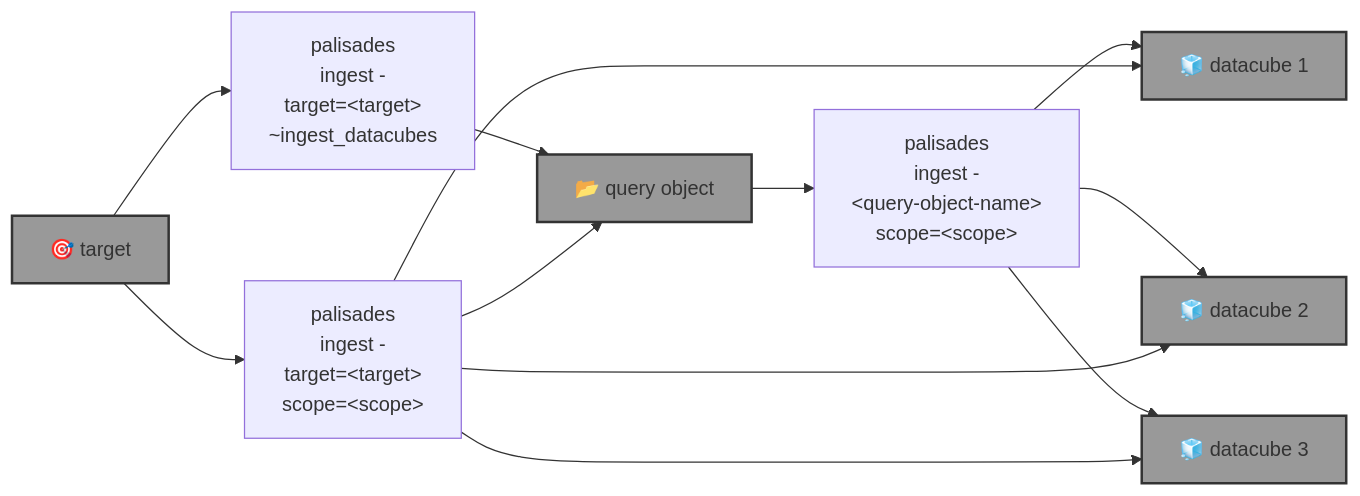
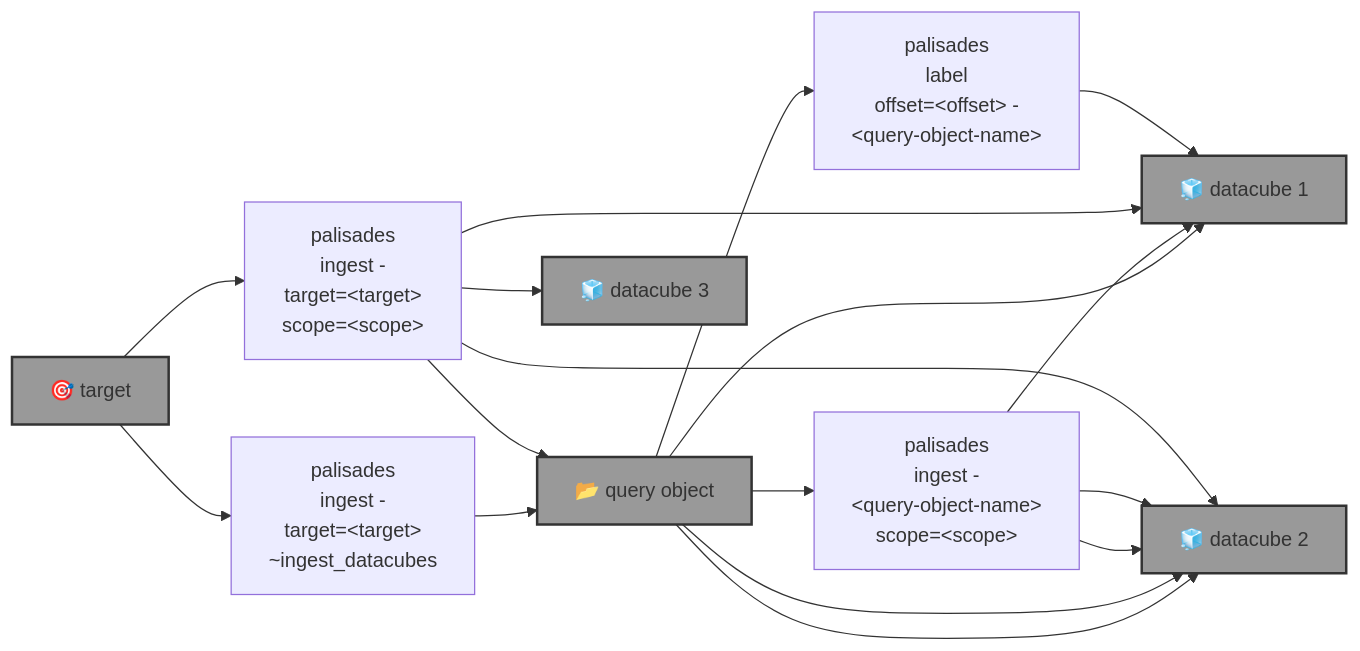
The diagram in blue_sandbox/palisades/README.md (kamangir/blue-sandbox), drawn with Mermaid before and after one commit. The commit also changed other lines of this file and 7 other files, not shown here.

````diff
--- a/blue_sandbox/palisades/README.md
+++ b/blue_sandbox/palisades/README.md
@@ -5,30 +5,39 @@
 ```mermaid
 graph LR
     palisades_ingest_query_ingest["palisades<br>ingest -<br>&lt;query-object-name&gt;<br>scope=&lt;scope&gt;"]
 
     palisades_ingest_target["palisades<br>ingest -<br>target=&lt;target&gt;<br>~ingest_datacubes"]
 
     palisades_ingest_target_ingest["palisades<br>ingest -<br>target=&lt;target&gt;<br>scope=&lt;scope&gt;"]
 
+    palisades_label["palisades<br>label<br>offset=&lt;offset&gt; -<br>&lt;query-object-name&gt;"]
+
     target["🎯 target"]:::folder
     query_object["📂 query object"]:::folder
     datacube_1["🧊 datacube 1"]:::folder
     datacube_2["🧊 datacube 2"]:::folder
     datacube_3["🧊 datacube 3"]:::folder
 
+    query_object --> datacube_1
+    query_object --> datacube_2
+    query_object --> datacube_2
+
     query_object --> palisades_ingest_query_ingest
     palisades_ingest_query_ingest --> datacube_1
     palisades_ingest_query_ingest --> datacube_2
-    palisades_ingest_query_ingest --> datacube_3
+    palisades_ingest_query_ingest --> datacube_2
 
     target --> palisades_ingest_target
     palisades_ingest_target --> query_object
 
     target --> palisades_ingest_target_ingest
     palisades_ingest_target_ingest --> query_object
     palisades_ingest_target_ingest --> datacube_1
     palisades_ingest_target_ingest --> datacube_2
     palisades_ingest_target_ingest --> datacube_3
 
+    query_object --> palisades_label
+    palisades_label --> datacube_1
+
     classDef folder fill:#999,stroke:#333,stroke-width:2px;
 ```
````
